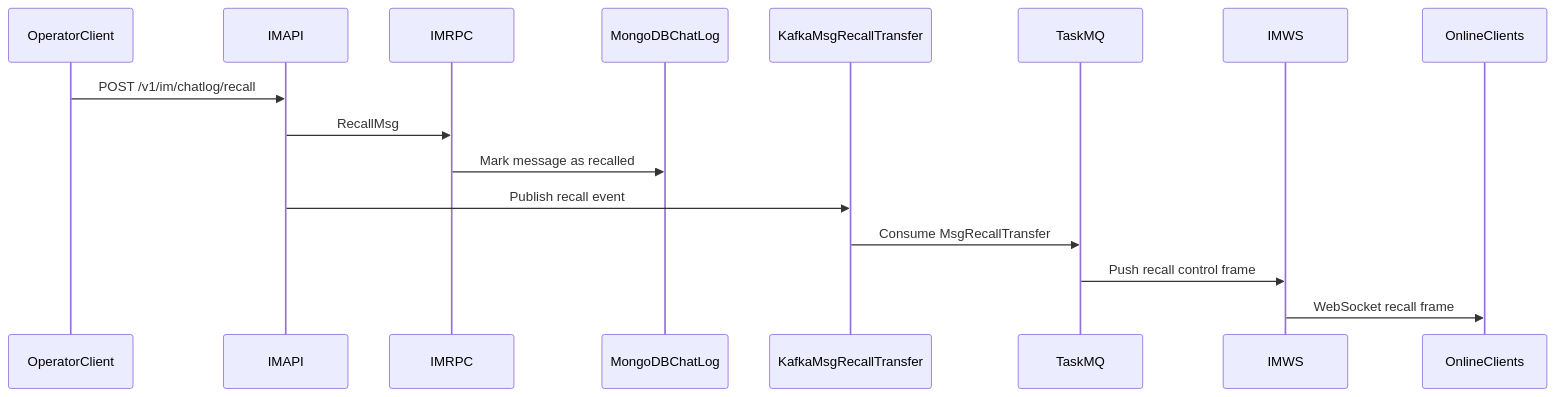
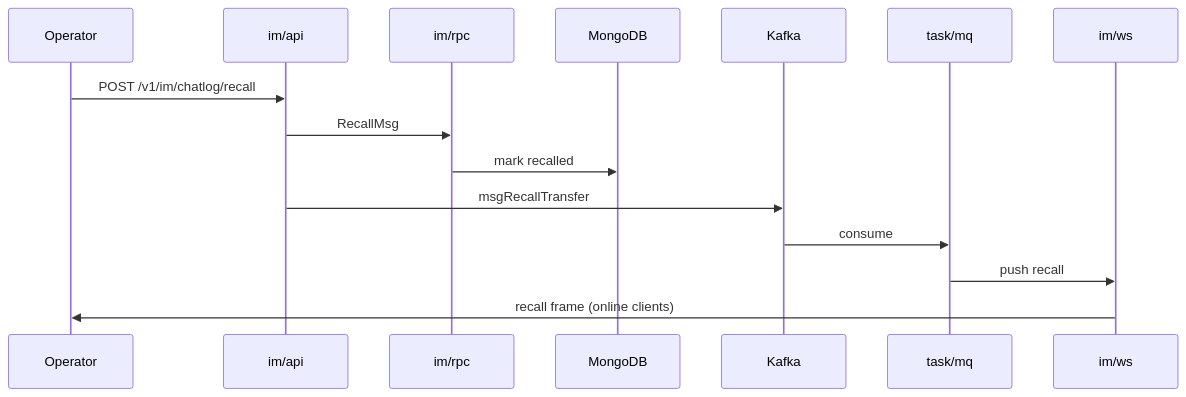
One commit to iceymoss/go-hichat-api changed the third of 6 diagrams in README.md. Above: the diagram before and after it, drawn with Mermaid. The commit also changed other lines of this file and 1 other file, not shown here.

First line of the commit message:
docs: humanize sequence diagrams and fix Go version

````diff
--- a/README.md
+++ b/README.md
@@ -135,10 +148,17 @@
 ```mermaid
 sequenceDiagram
-  OperatorClient->>IMAPI: POST /v1/im/chatlog/recall
-  IMAPI->>IMRPC: RecallMsg
-  IMRPC->>MongoDBChatLog: Mark message as recalled
-  IMAPI->>KafkaMsgRecallTransfer: Publish recall event
-  KafkaMsgRecallTransfer->>TaskMQ: Consume MsgRecallTransfer
-  TaskMQ->>IMWS: Push recall control frame
-  IMWS->>OnlineClients: WebSocket recall frame
+  participant C as Operator
+  participant API as im/api
+  participant RPC as im/rpc
+  participant DB as MongoDB
+  participant K as Kafka
+  participant MQ as task/mq
+  participant WS as im/ws
+  C->>API: POST /v1/im/chatlog/recall
+  API->>RPC: RecallMsg
+  RPC->>DB: mark recalled
+  API->>K: msgRecallTransfer
+  K->>MQ: consume
+  MQ->>WS: push recall
+  WS->>C: recall frame (online clients)
 ```
````
